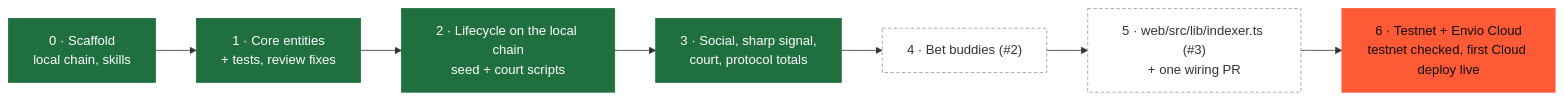
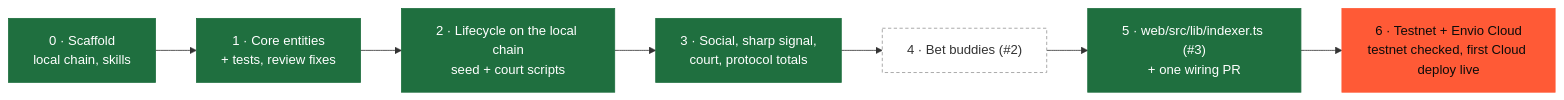
Diagram 11 of 11 in indexer/ARCHITECTURE.md (kleos-predictions/kleos), drawn with Mermaid before and after one commit. The commit also changed other lines of this file, not shown here.

Commit message:
ARCHITECTURE: the web client and its indexer reads are built

````diff
--- a/indexer/ARCHITECTURE.md
+++ b/indexer/ARCHITECTURE.md
@@ -377,14 +377,14 @@
 ```mermaid
 flowchart LR
   p0["0 · Scaffold<br/>local chain, skills"]:::done
   p1["1 · Core entities<br/>+ tests, review fixes"]:::done
   p2["2 · Lifecycle on the local chain<br/>seed + court scripts"]:::done
   p3["3 · Social, sharp signal,<br/>court, protocol totals"]:::done
   p4["4 · Bet buddies (#2)"]:::todo
-  p5["5 · web/src/lib/indexer.ts (#3)<br/>+ one wiring PR"]:::todo
+  p5["5 · web/src/lib/indexer.ts (#3)<br/>+ one wiring PR"]:::done
   p6["6 · Testnet + Envio Cloud<br/>testnet checked, first Cloud deploy live"]:::next
   p0 --> p1 --> p2 --> p3 --> p4 --> p5 --> p6
   classDef done fill:#1f6f3f,stroke:#1f6f3f,color:#fff
   classDef next fill:#ff5a36,stroke:#ff5a36,color:#0d0c0b
   classDef todo fill:#fff,stroke:#999,color:#333,stroke-dasharray: 4 3
 ```
````
